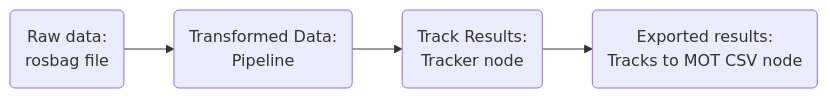
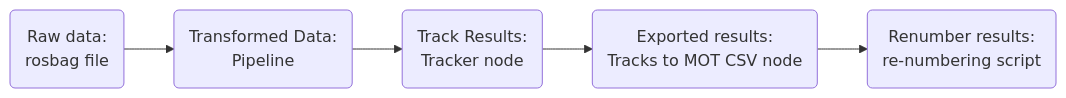
The second of 2 diagrams in Metrics/README.md (adrian-soch/cam_lidar_framework), drawn with Mermaid before and after one commit. The commit also changed other lines of this file and 1 other file, not shown here.

````diff
--- a/Metrics/README.md
+++ b/Metrics/README.md
@@ -22,6 +22,7 @@
 ```mermaid
 graph LR;
     RawData(Raw data: \n rosbag file)-->Trans(Transformed Data: \n Pipeline);
     Trans-->GroundTruth(Track Results: \n Tracker node);
     GroundTruth-->ExportedFormat(Exported results: \n Tracks to MOT CSV node);
+    ExportedFormat-->Final(Renumber results: \n re-numbering script)
 ```
````
